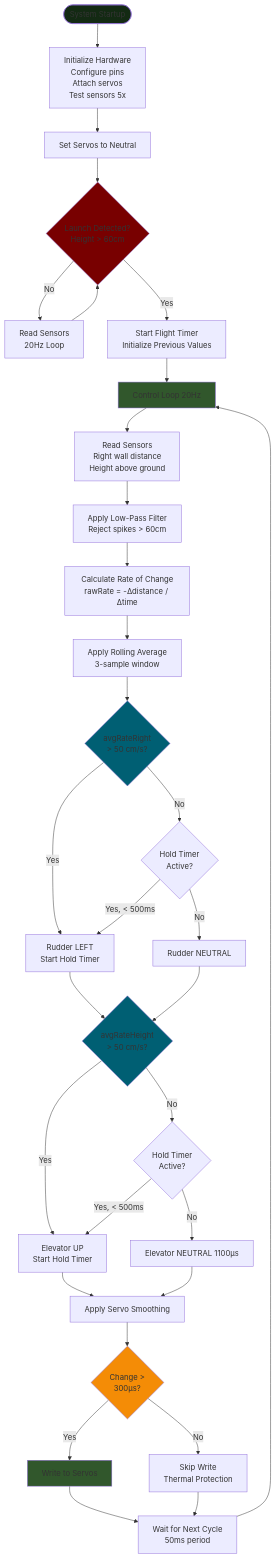
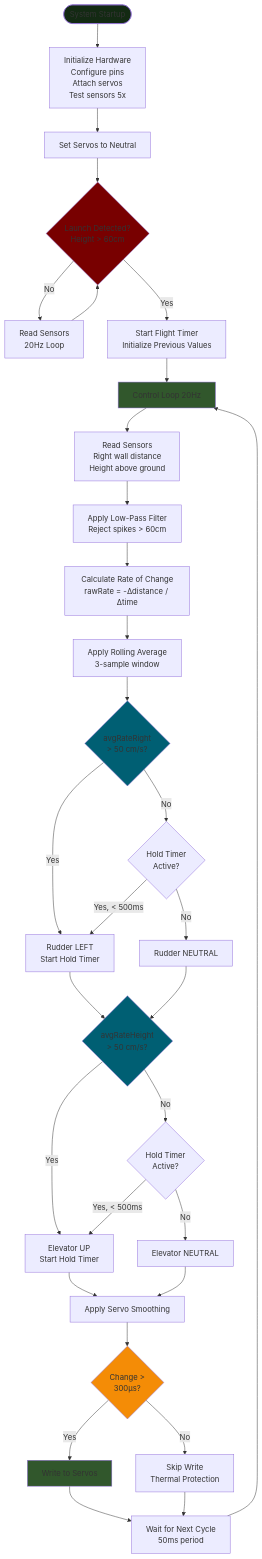
Before and after one commit to VahidDanesh/fixed-wing: the diagram in README.md, drawn with Mermaid.

Commit message:
update flowchart

````diff
--- a/README.md
+++ b/README.md
@@ -205,53 +205,53 @@
 ```mermaid
 flowchart TD
     Start([System Startup]) --> Init[Initialize Hardware<br/>Configure pins<br/>Attach servos<br/>Test sensors 5x]
     Init --> Neutral[Set Servos to Neutral]
     Neutral --> WaitLaunch{Launch Detected?<br/>Height > 60cm}
     
     WaitLaunch -->|No| ReadSensors1[Read Sensors<br/>20Hz Loop]
     ReadSensors1 --> WaitLaunch
     
     WaitLaunch -->|Yes| StartFlight[Start Flight Timer<br/>Initialize Previous Values]
     
     StartFlight --> ControlLoop[Control Loop 20Hz]
     
     ControlLoop --> ReadSensors2[Read Sensors<br/>Right wall distance<br/>Height above ground]
     ReadSensors2 --> Filter[Apply Low-Pass Filter<br/>Reject spikes > 60cm]
     
     Filter --> CalcRate[Calculate Rate of Change<br/>rawRate = -Δdistance / Δtime]
     CalcRate --> RollingAvg[Apply Rolling Average<br/>3-sample window]
     
     RollingAvg --> RudderCheck{avgRateRight<br/>> 50 cm/s?}
     RudderCheck -->|Yes| RudderLeft[Rudder LEFT <br/>Start Hold Timer]
     RudderCheck -->|No| RudderHoldCheck{Hold Timer<br/>Active?}
     RudderHoldCheck -->|Yes, < 500ms| RudderLeft
     RudderHoldCheck -->|No| RudderNeutral[Rudder NEUTRAL]
     
     RudderLeft --> ElevatorCheck{avgRateHeight<br/>> 50 cm/s?}
     RudderNeutral --> ElevatorCheck
     
     ElevatorCheck -->|Yes| ElevatorUp[Elevator UP <br/>Start Hold Timer]
     ElevatorCheck -->|No| ElevatorHoldCheck{Hold Timer<br/>Active?}
     ElevatorHoldCheck -->|Yes, < 500ms| ElevatorUp
-    ElevatorHoldCheck -->|No| ElevatorNeutral[Elevator NEUTRAL 1100µs]
+    ElevatorHoldCheck -->|No| ElevatorNeutral[Elevator NEUTRAL]
     
     ElevatorUp --> Smooth[Apply Servo Smoothing]
     ElevatorNeutral --> Smooth
     
     Smooth --> Deadband{Change ><br/>300µs?}
     Deadband -->|Yes| WriteServo[Write to Servos]
     Deadband -->|No| Skip[Skip Write<br/>Thermal Protection]
     
     WriteServo --> Delay[Wait for Next Cycle<br/>50ms period]
     Skip --> Delay
     
     Delay --> ControlLoop
     
     style Start fill:#132a13
     style WaitLaunch fill:#780000
     style RudderCheck fill:#005f73
     style ElevatorCheck fill:#005f73
     style WriteServo fill:#31572c
     style ControlLoop fill:#31572c
     style Deadband fill:#f48c06
 ```
````
